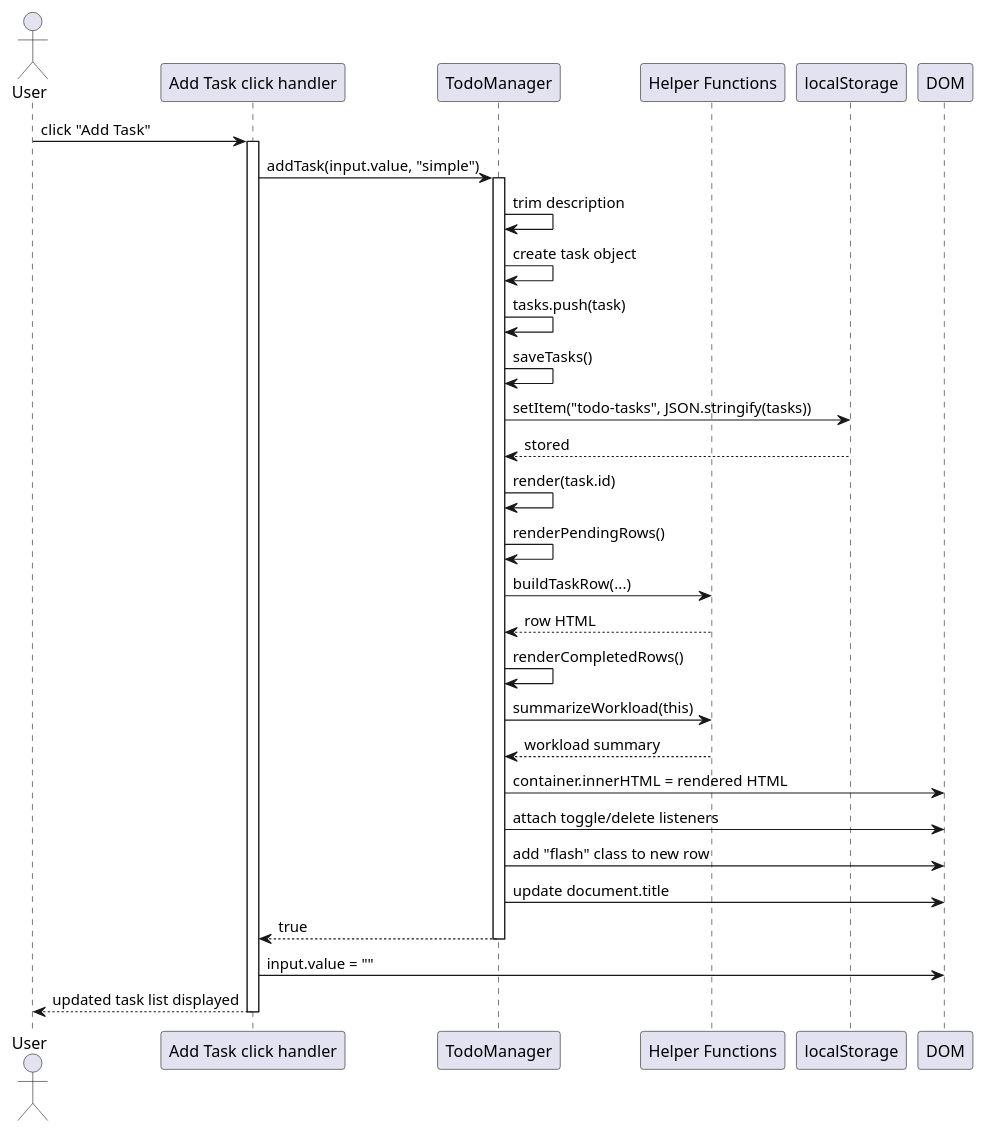
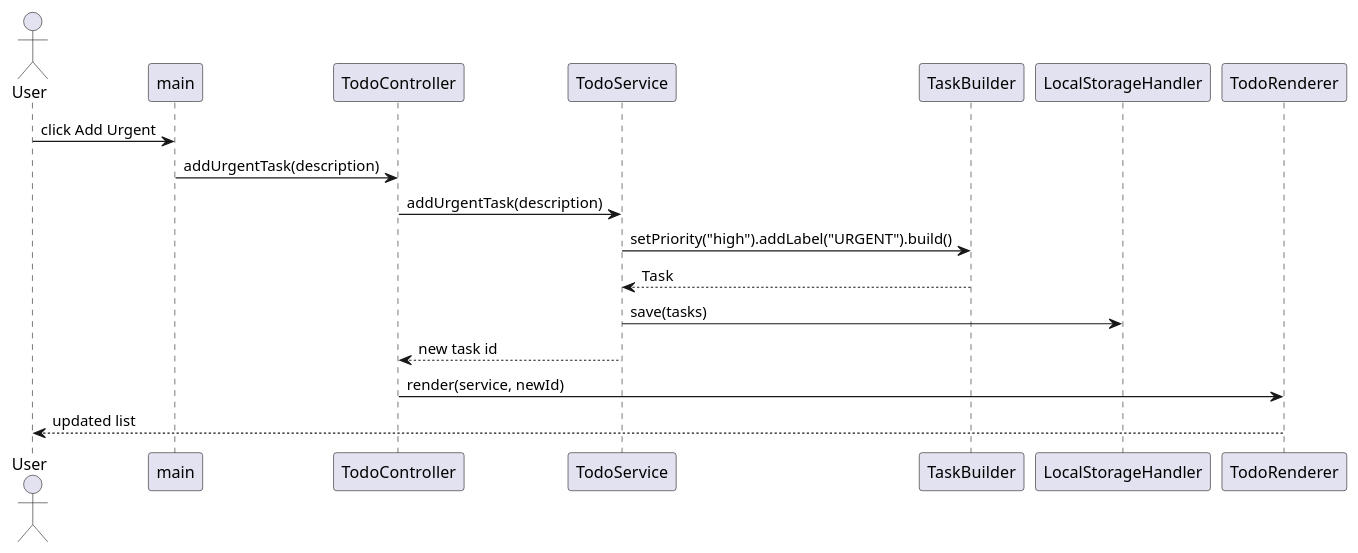
The diagram in docs/sequence-add-task.puml (nsveliu/swen383-todo), drawn with PlantUML before and after one commit. The commit also changed 1 other file, not shown here.

Commit message:
docs: update UML for Week 6 architecture

```diff
--- a/docs/sequence-add-task.puml
+++ b/docs/sequence-add-task.puml
@@ -1,48 +1,20 @@
-@startuml AddTask
+@startuml AddUrgentTask
+actor User
+participant main
+participant TodoController
+participant TodoService
+participant TaskBuilder
+participant LocalStorageHandler
+participant TodoRenderer
 
-actor User
-participant "Add Task click handler" as Handler
-participant TodoManager
-participant "Helper Functions" as Helpers
-participant localStorage
-participant DOM
-
-User -> Handler : click "Add Task"
-activate Handler
-
-Handler -> TodoManager : addTask(input.value, "simple")
-activate TodoManager
-
-TodoManager -> TodoManager : trim description
-TodoManager -> TodoManager : create task object
-TodoManager -> TodoManager : tasks.push(task)
-
-TodoManager -> TodoManager : saveTasks()
-TodoManager -> localStorage : setItem("todo-tasks", JSON.stringify(tasks))
-localStorage --> TodoManager : stored
-
-TodoManager -> TodoManager : render(task.id)
-
-TodoManager -> TodoManager : renderPendingRows()
-TodoManager -> Helpers : buildTaskRow(...)
-Helpers --> TodoManager : row HTML
-
-TodoManager -> TodoManager : renderCompletedRows()
-
-TodoManager -> Helpers : summarizeWorkload(this)
-Helpers --> TodoManager : workload summary
-
-TodoManager -> DOM : container.innerHTML = rendered HTML
-TodoManager -> DOM : attach toggle/delete listeners
-TodoManager -> DOM : add "flash" class to new row
-TodoManager -> DOM : update document.title
-
-TodoManager --> Handler : true
-deactivate TodoManager
-
-Handler -> DOM : input.value = ""
-Handler --> User : updated task list displayed
-
-deactivate Handler
+User -> main : click Add Urgent
+main -> TodoController : addUrgentTask(description)
+TodoController -> TodoService : addUrgentTask(description)
+TodoService -> TaskBuilder : setPriority("high").addLabel("URGENT").build()
+TaskBuilder --> TodoService : Task
+TodoService -> LocalStorageHandler : save(tasks)
+TodoService --> TodoController : new task id
+TodoController -> TodoRenderer : render(service, newId)
+TodoRenderer --> User : updated list
 
 @enduml
```
